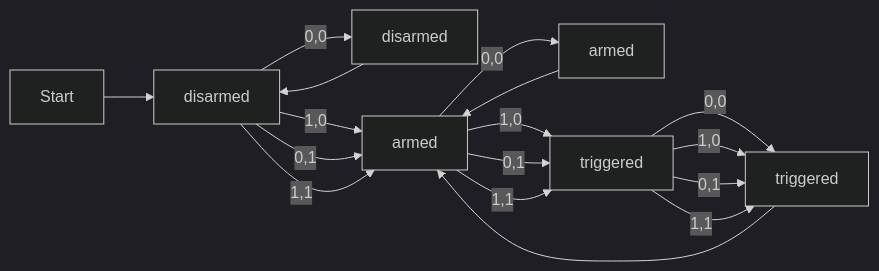
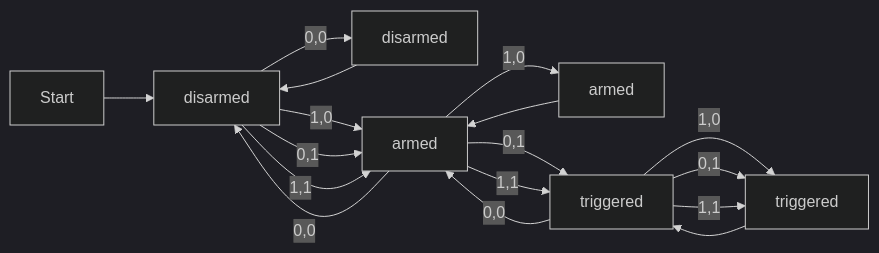
One commit to rafaelsutiono/home-security-system changed the diagram in README.md. Above: the diagram before and after it, drawn with Mermaid (dark theme). The commit also changed other lines of this file, not shown here.

Commit message:
corrected flowchart

````diff
--- a/README.md
+++ b/README.md
@@ -25,19 +25,19 @@
 ```mermaid
 graph LR;
 A[Start] --> B[disarmed];
 B -- 0,0 --> C[disarmed];
 B -- 1,0 --> D[armed];
 B -- 0,1 --> D[armed];
 B -- 1,1 --> D[armed];
-D -- 0,0 --> E[armed];
-D -- 1,0 --> F[triggered];
+D -- 0,0 --> B[disarmed];
+D -- 1,0 --> E[armed];
 D -- 0,1 --> F[triggered];
 D -- 1,1 --> F[triggered];
-F -- 0,0 --> G[triggered];
+F -- 0,0 --> D[armed];
 F -- 1,0 --> G[triggered];
 F -- 0,1 --> G[triggered];
 F -- 1,1 --> G[triggered];
 C --> B;
-G --> D;
+G --> F;
 E --> D;
 ```
````
